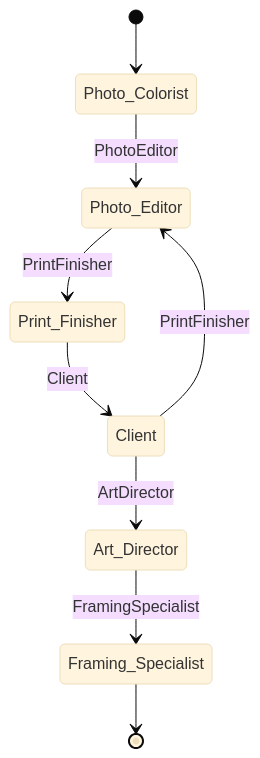
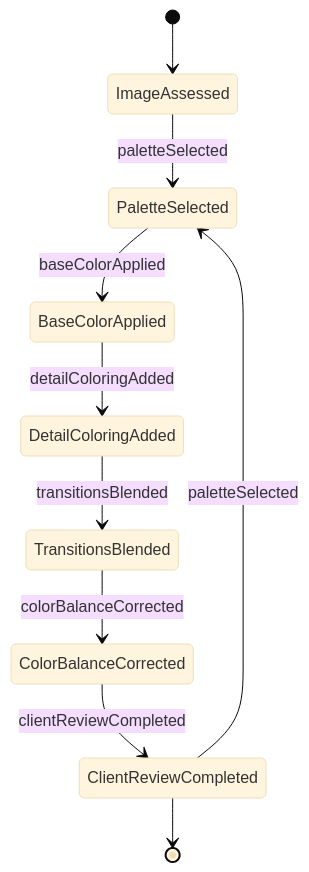
Before and after one commit to dot-org-ai/tasks.org.ai: the second of 4 diagrams in HandlingAndMovingObjects/ApplyDecorativeFinishes/ApplyDecorativeColoringPhotographsPrinted.mdx, drawn with Mermaid (base theme). The commit also changed other lines of this file and 40 other files, not shown here.

First line of the commit message:
fix: Replace Actor-based ER and State diagrams with Entity/Event-based diagrams in 41 HandlingAndMovingObjects DWA files

````diff
--- a/HandlingAndMovingObjects/ApplyDecorativeFinishes/ApplyDecorativeColoringPhotographsPrinted.mdx
+++ b/HandlingAndMovingObjects/ApplyDecorativeFinishes/ApplyDecorativeColoringPhotographsPrinted.mdx
@@ -102,11 +100,12 @@
 ```mermaid
 stateDiagram-v2
-    [*] --> Photo_Colorist
-    Photo_Colorist --> Photo_Editor: PhotoEditor
-    Photo_Editor --> Print_Finisher: PrintFinisher
-    Print_Finisher --> Client: Client
-    Client --> Art_Director: ArtDirector
-    Art_Director --> Framing_Specialist: FramingSpecialist
-    Client --> Photo_Editor: PrintFinisher
-    Framing_Specialist --> [*]
+    [*] --> ImageAssessed
+    ImageAssessed --> PaletteSelected : paletteSelected
+    PaletteSelected --> BaseColorApplied : baseColorApplied
+    BaseColorApplied --> DetailColoringAdded : detailColoringAdded
+    DetailColoringAdded --> TransitionsBlended : transitionsBlended
+    TransitionsBlended --> ColorBalanceCorrected : colorBalanceCorrected
+    ColorBalanceCorrected --> ClientReviewCompleted : clientReviewCompleted
+    ClientReviewCompleted --> PaletteSelected : paletteSelected
+    ClientReviewCompleted --> [*]
 ```
````
